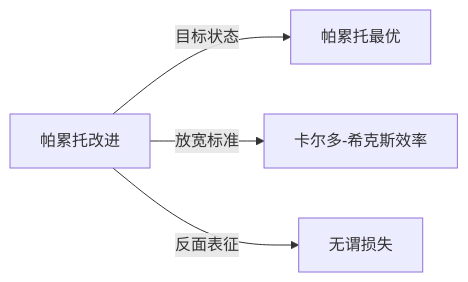
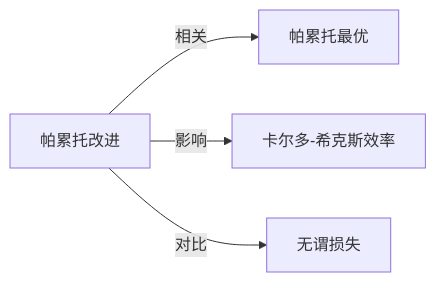
The diagram in Knowledge/Concepts/经济/帕累托改进.md (KIMMCHOW/MyKnowledge), drawn with Mermaid before and after one commit. The commit also changed 95 other files, not shown here.

Commit message:
reorganize: 统一关系图边标签为11类

````diff
--- a/Knowledge/Concepts/经济/帕累托改进.md
+++ b/Knowledge/Concepts/经济/帕累托改进.md
@@ -40,6 +40,6 @@
 ```mermaid
 graph LR
-帕累托改进 -->|目标状态| 帕累托最优
-帕累托改进 -->|放宽标准| 卡尔多-希克斯效率
-帕累托改进 -->|反面表征| 无谓损失
+帕累托改进 -->|相关| 帕累托最优
+帕累托改进 -->|影响| 卡尔多-希克斯效率
+帕累托改进 -->|对比| 无谓损失
 ```
````
